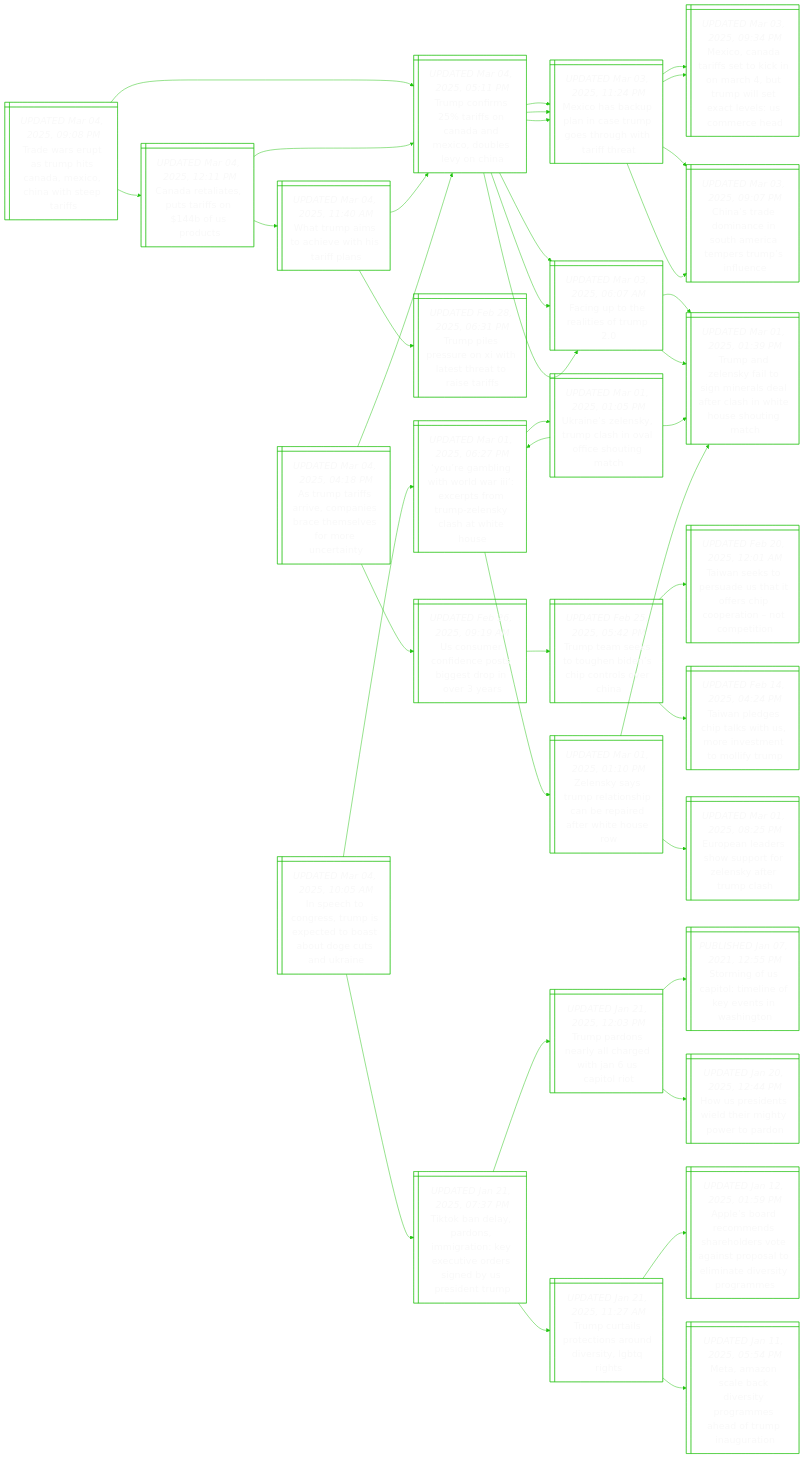
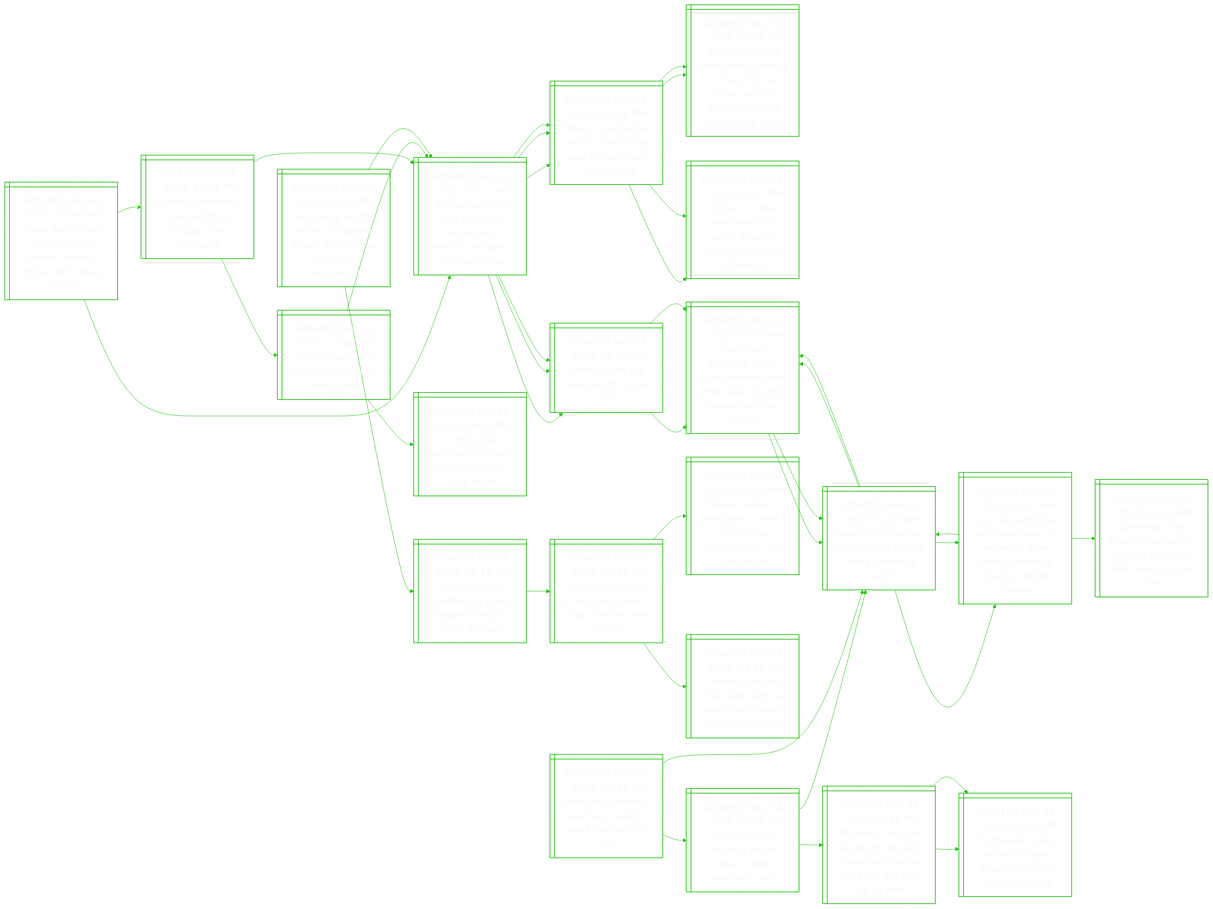
Before and after one commit to notJmes/notJmes: the diagram in README.md, drawn with Mermaid. The commit also changed other lines of this file, not shown here.

````diff
--- a/README.md
+++ b/README.md
@@ -93,50 +93,50 @@
 TteohdhnsC:::txtsize --> Tnsreafcoanmt:::txtsize
 TteohdhnsC:::txtsize --> Tngikhrenoyp:::txtsize
 
-IeCeuetbaDudi@{ shape: win-pane, label: "_UPDATED Mar 04, 2025, 10:05 AM_
-In speech to congress, trump is expected to boast about doge cuts and ukraine" }
-YgitlIcsTZsaWH@{ shape: win-pane, label: "_UPDATED Mar 01, 2025, 06:27 PM_
-‘you’re gambling with world war iii’: excerpts from trump-zelensky clash at white house" }
+Unlyheofoa@{ shape: win-pane, label: "_UPDATED Mar 05, 2025, 01:41 AM_
+Ukraine’s zelensky says he is ready to work fast to end war" }
+Tpstikernl@{ shape: win-pane, label: "_UPDATED Mar 04, 2025, 07:28 PM_
+Trump pauses military aid to ukraine after zelensky clash" }
 Unlyphaiogh@{ shape: win-pane, label: "_UPDATED Mar 01, 2025, 01:05 PM_
 Ukraine’s zelensky, trump clash in oval office shouting match" }
 TalytnretaWHsit@{ shape: win-pane, label: "_UPDATED Mar 01, 2025, 01:39 PM_
 Trump and zelensky fail to sign minerals deal after clash in white house shouting match" }
 YgitlIcsTZsaWH@{ shape: win-pane, label: "_UPDATED Mar 01, 2025, 06:27 PM_
 ‘you’re gambling with world war iii’: excerpts from trump-zelensky clash at white house" }
+Sereolarnkeiet@{ shape: win-pane, label: "_UPDATED Mar 03, 2025, 06:16 PM_
+Starmer, macron pledge to develop ceasefire plan for ukraine, but will the us bite?" }
+EearUneesiu@{ shape: win-pane, label: "_UPDATED Mar 03, 2025, 10:39 AM_
+Europeans rally around ukraine after zelensky’s row with trump" }
+EearUneesiu@{ shape: win-pane, label: "_UPDATED Mar 03, 2025, 10:39 AM_
+Europeans rally around ukraine after zelensky’s row with trump" }
+Unlyphaiogh@{ shape: win-pane, label: "_UPDATED Mar 01, 2025, 01:05 PM_
+Ukraine’s zelensky, trump clash in oval office shouting match" }
+TalytnretaWHsit@{ shape: win-pane, label: "_UPDATED Mar 01, 2025, 01:39 PM_
+Trump and zelensky fail to sign minerals deal after clash in white house shouting match" }
+Unlyphaiogh@{ shape: win-pane, label: "_UPDATED Mar 01, 2025, 01:05 PM_
+Ukraine’s zelensky, trump clash in oval office shouting match" }
+Unlyphaiogh@{ shape: win-pane, label: "_UPDATED Mar 01, 2025, 01:05 PM_
+Ukraine’s zelensky, trump clash in oval office shouting match" }
+YgitlIcsTZsaWH@{ shape: win-pane, label: "_UPDATED Mar 01, 2025, 06:27 PM_
+‘you’re gambling with world war iii’: excerpts from trump-zelensky clash at white house" }
+Unlyphaiogh@{ shape: win-pane, label: "_UPDATED Mar 01, 2025, 01:05 PM_
+Ukraine’s zelensky, trump clash in oval office shouting match" }
 Zsymasaeeets@{ shape: win-pane, label: "_UPDATED Mar 01, 2025, 01:10 PM_
 Zelensky says trump relationship can be repaired after white house row" }
-TalytnretaWHsit@{ shape: win-pane, label: "_UPDATED Mar 01, 2025, 01:39 PM_
-Trump and zelensky fail to sign minerals deal after clash in white house shouting match" }
-Eeasutekems@{ shape: win-pane, label: "_UPDATED Mar 01, 2025, 08:25 PM_
-European leaders show support for zelensky after trump clash" }
-TkeasgoetrsdPdr@{ shape: win-pane, label: "_UPDATED Jan 21, 2025, 07:37 PM_
-Tiktok ban delay, pardons, immigration: key executive orders signed by us president trump" }
-TpnrlgtUii@{ shape: win-pane, label: "_UPDATED Jan 21, 2025, 12:03 PM_
-Trump pardons nearly all charged with jan 6 us capitol riot" }
-SiUiinenWn@{ shape: win-pane, label: "_PUBLISHED Jan 07, 2021, 12:55 PM_
-Storming of us capitol: timeline of key events in washington" }
-Hpdwtmyrr@{ shape: win-pane, label: "_UPDATED Jan 20, 2025, 12:44 PM_
-How us presidents wield their mighty power to pardon" }
-TcioirdsGi@{ shape: win-pane, label: "_UPDATED Jan 21, 2025, 11:27 AM_
-Trump curtails protections around diversity, lgbtq rights" }
-Asdmseetiralavtge@{ shape: win-pane, label: "_UPDATED Jan 12, 2025, 01:59 PM_
-Apple’s board recommends shareholders vote against proposal to eliminate diversity programmes" }
-MmsbiiomeTiuo@{ shape: win-pane, label: "_UPDATED Jan 11, 2025, 05:54 PM_
-Meta, amazon scale back diversity programmes ahead of trump inauguration" }
 
-IeCeuetbaDudi:::txtsize --> YgitlIcsTZsaWH:::txtsize
-YgitlIcsTZsaWH:::txtsize --> Unlyphaiogh:::txtsize
+Unlyheofoa:::txtsize --> Tpstikernl:::txtsize
+Tpstikernl:::txtsize --> Unlyphaiogh:::txtsize
 Unlyphaiogh:::txtsize --> TalytnretaWHsit:::txtsize
 Unlyphaiogh:::txtsize --> YgitlIcsTZsaWH:::txtsize
+Tpstikernl:::txtsize --> Sereolarnkeiet:::txtsize
+Sereolarnkeiet:::txtsize --> EearUneesiu:::txtsize
+Sereolarnkeiet:::txtsize --> EearUneesiu:::txtsize
+Unlyheofoa:::txtsize --> Unlyphaiogh:::txtsize
+Unlyphaiogh:::txtsize --> TalytnretaWHsit:::txtsize
+TalytnretaWHsit:::txtsize --> Unlyphaiogh:::txtsize
+TalytnretaWHsit:::txtsize --> Unlyphaiogh:::txtsize
+Unlyphaiogh:::txtsize --> YgitlIcsTZsaWH:::txtsize
+YgitlIcsTZsaWH:::txtsize --> Unlyphaiogh:::txtsize
 YgitlIcsTZsaWH:::txtsize --> Zsymasaeeets:::txtsize
-Zsymasaeeets:::txtsize --> TalytnretaWHsit:::txtsize
-Zsymasaeeets:::txtsize --> Eeasutekems:::txtsize
-IeCeuetbaDudi:::txtsize --> TkeasgoetrsdPdr:::txtsize
-TkeasgoetrsdPdr:::txtsize --> TpnrlgtUii:::txtsize
-TpnrlgtUii:::txtsize --> SiUiinenWn:::txtsize
-TpnrlgtUii:::txtsize --> Hpdwtmyrr:::txtsize
-TkeasgoetrsdPdr:::txtsize --> TcioirdsGi:::txtsize
-TcioirdsGi:::txtsize --> Asdmseetiralavtge:::txtsize
-TcioirdsGi:::txtsize --> MmsbiiomeTiuo:::txtsize
 
 ```
````
